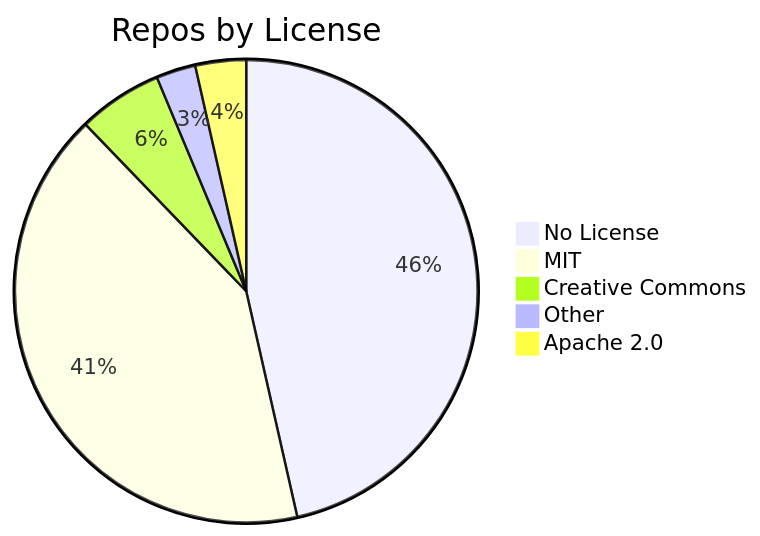
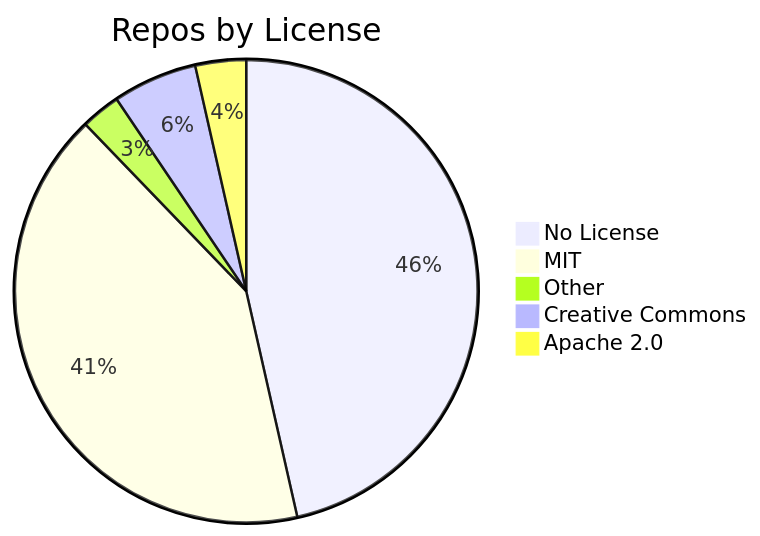
The diagram in README.md (jpatterson933/awesome-mcp-server-repo-index), drawn with Mermaid before and after one commit. The commit also changed other lines of this file and 3 other files, not shown here.

````diff
--- a/README.md
+++ b/README.md
@@ -29,8 +29,8 @@
 ```mermaid
 pie title Repos by License
     "No License" : 118
     "MIT" : 105
+    "Other" : 7
     "Creative Commons" : 15
-    "Other" : 7
     "Apache 2.0" : 9
 ```
````
